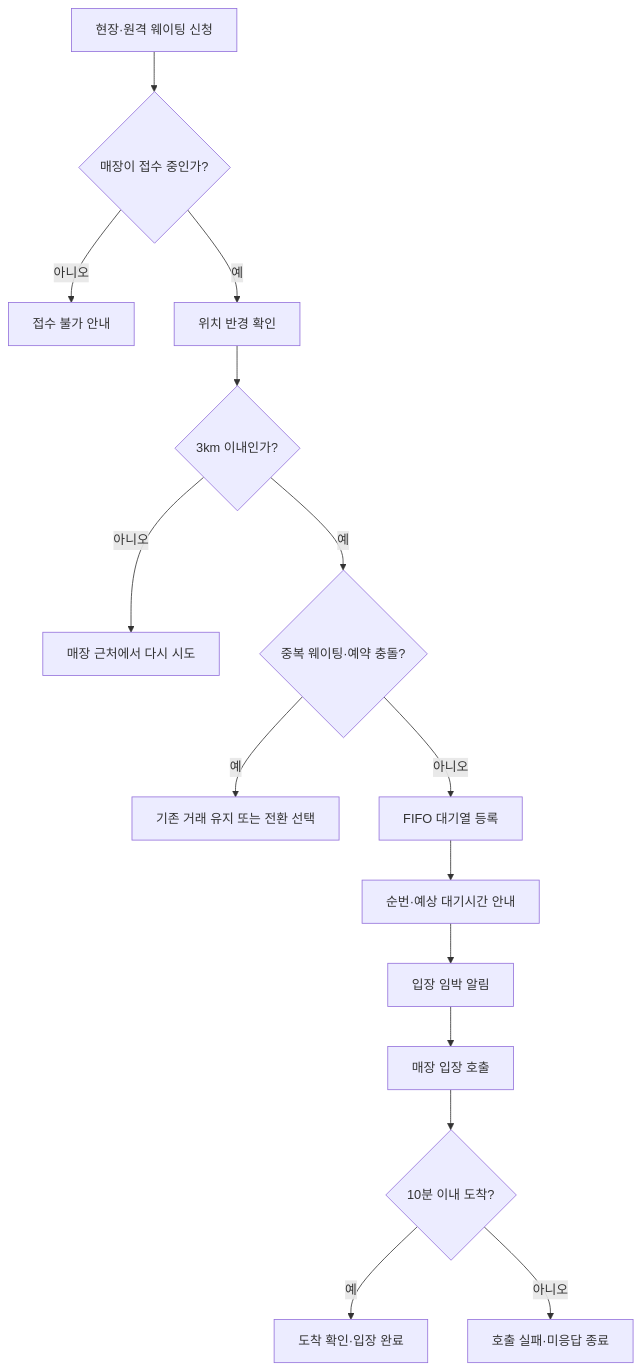
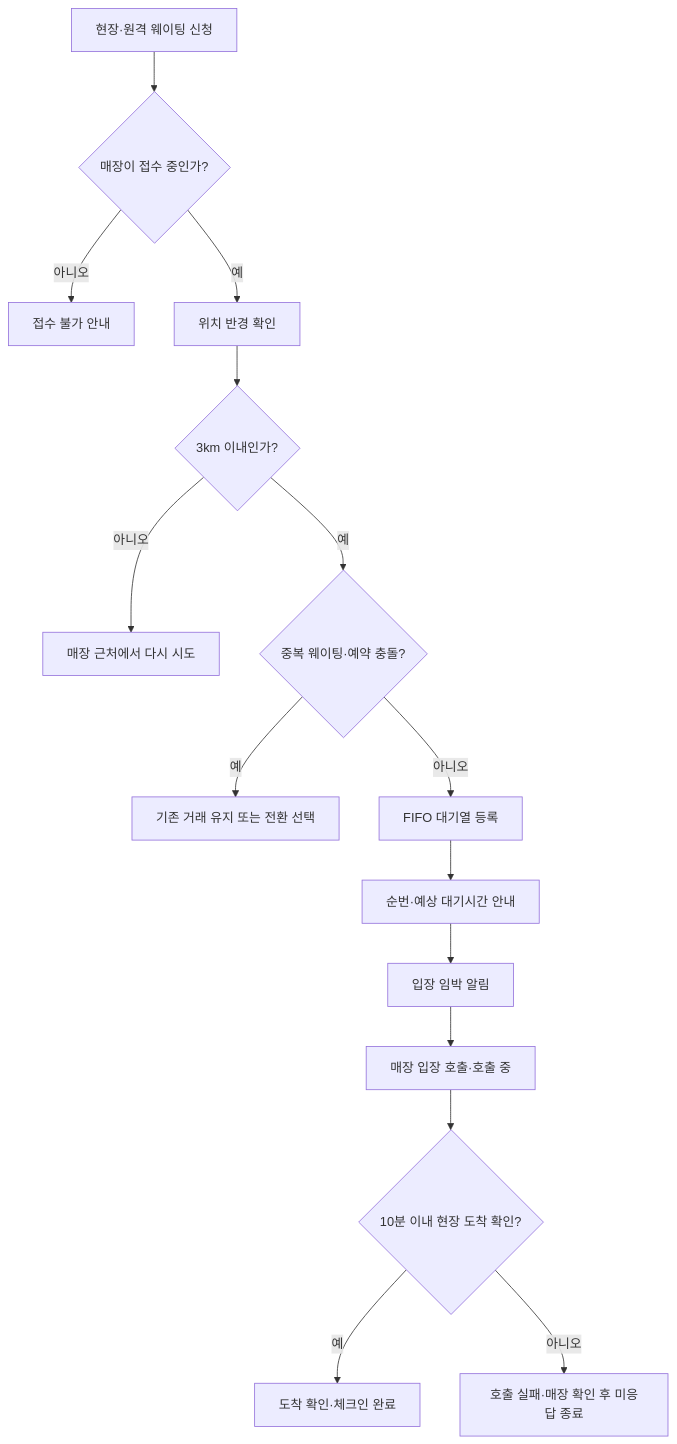
Before and after one commit to sparta-spring4/Commerce-Final-Project-MiriYum: the third of 6 diagrams in docs/flowcharts/flowchart.md, drawn with Mermaid. The commit also changed other lines of this file, not shown here.

Commit message:
docs: MVP 비즈니스 플로우의 상태·결제·전환 표현 정비

````diff
--- a/docs/flowcharts/flowchart.md
+++ b/docs/flowcharts/flowchart.md
@@ -245,21 +249,21 @@
 ```mermaid
 flowchart TD
     A["현장·원격 웨이팅 신청"] --> B{"매장이 접수 중인가?"}
     B -- "아니오" --> C["접수 불가 안내"]
     B -- "예" --> D["위치 반경 확인"]
 
     D --> E{"3km 이내인가?"}
     E -- "아니오" --> F["매장 근처에서 다시 시도"]
     E -- "예" --> G{"중복 웨이팅·예약 충돌?"}
 
     G -- "예" --> H["기존 거래 유지 또는 전환 선택"]
     G -- "아니오" --> I["FIFO 대기열 등록"]
 
     I --> J["순번·예상 대기시간 안내"]
     J --> K["입장 임박 알림"]
-    K --> L["매장 입장 호출"]
+    K --> L["매장 입장 호출·호출 중"]
 
-    L --> M{"10분 이내 도착?"}
-    M -- "예" --> N["도착 확인·입장 완료"]
-    M -- "아니오" --> O["호출 실패·미응답 종료"]
+    L --> M{"10분 이내 현장 도착 확인?"}
+    M -- "예" --> N["도착 확인·체크인 완료"]
+    M -- "아니오" --> O["호출 실패·매장 확인 후 미응답 종료"]
 ```
````
